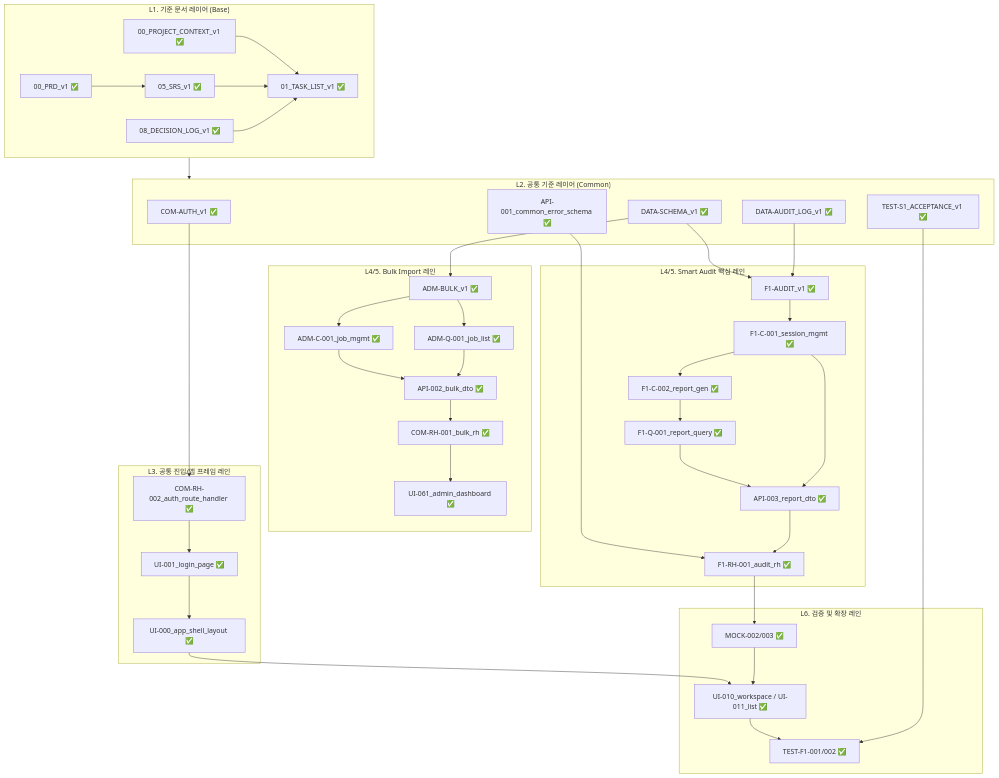
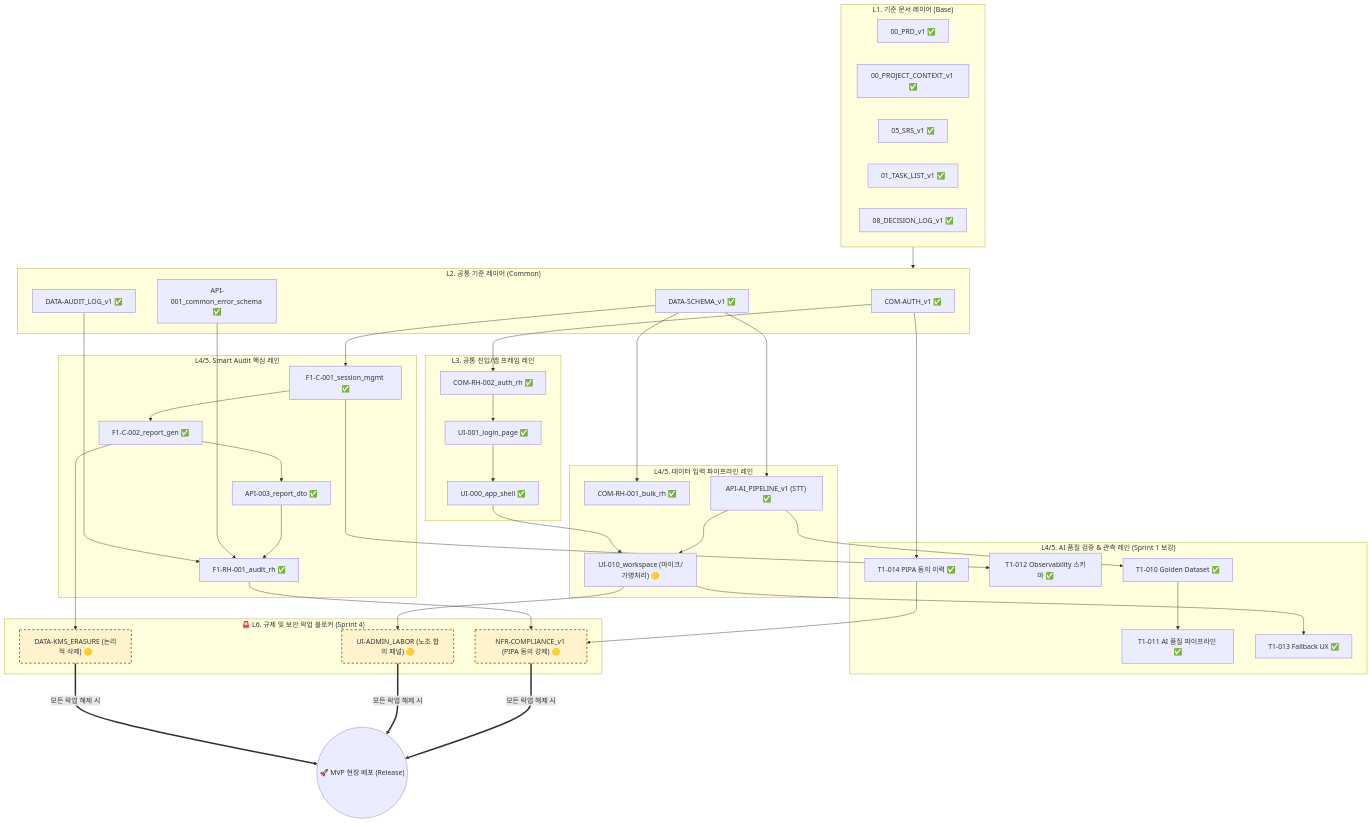
The first of 2 diagrams in TASKS/06_TASK_DEPENDENCY_DIAGRAM_v2.md (proilisys-byte/0000_SRS-from-PRD-productioninfo), drawn with Mermaid before and after one commit. The commit also changed other lines of this file and 22 other files, not shown here.

````diff
--- a/TASKS/06_TASK_DEPENDENCY_DIAGRAM_v2.md
+++ b/TASKS/06_TASK_DEPENDENCY_DIAGRAM_v2.md
@@ -115,10 +118,6 @@
         SRS["05_SRS_v1 ✅"]
         TL["01_TASK_LIST_v1 ✅"]
         DL["08_DECISION_LOG_v1 ✅"]
-        PRD --> SRS
-        CTX --> TL
-        SRS --> TL
-        DL --> TL
     end
 
     %% Common Core
@@ -127,65 +126,67 @@
         ERR["API-001_common_error_schema ✅"]
         DS["DATA-SCHEMA_v1 ✅"]
         DA["DATA-AUDIT_LOG_v1 ✅"]
-        ACC["TEST-S1_ACCEPTANCE_v1 ✅"]
     end
     Base --> Common
 
     %% App Shell & Login
     subgraph AppEntry ["L3. 공통 진입/앱 프레임 레인"]
-        ARH["COM-RH-002_auth_route_handler ✅"]
+        ARH["COM-RH-002_auth_rh ✅"]
         LUI["UI-001_login_page ✅"]
-        SHL["UI-000_app_shell_layout ✅"]
+        SHL["UI-000_app_shell ✅"]
     end
-    AUTH --> ARH
-    ARH --> LUI
-    LUI --> SHL
+    AUTH --> ARH --> LUI --> SHL
 
-    %% Bulk Import
-    subgraph Bulk ["L4/5. Bulk Import 레인"]
-        B_SPEC["ADM-BULK_v1 ✅"]
-        B_CMD["ADM-C-001_job_mgmt ✅"]
-        B_QRY["ADM-Q-001_job_list ✅"]
-        B_DTO["API-002_bulk_dto ✅"]
+    %% Bulk Import & Zero-UI (STT)
+    subgraph InputPipelines ["L4/5. 데이터 입력 파이프라인 레인"]
         B_RH["COM-RH-001_bulk_rh ✅"]
-        B_UI["UI-061_admin_dashboard ✅"]
+        Z_API["API-AI_PIPELINE_v1 (STT) ✅"]
+        Z_UI["UI-010_workspace (마이크/가명처리) 🟡"]
     end
-    DS --> B_SPEC
-    B_SPEC --> B_CMD
-    B_SPEC --> B_QRY
-    B_CMD --> B_DTO
-    B_QRY --> B_DTO
-    B_DTO --> B_RH
-    B_RH --> B_UI
+    DS --> B_RH
+    DS --> Z_API --> Z_UI
+    SHL --> Z_UI
 
     %% Smart Audit Core
     subgraph Audit ["L4/5. Smart Audit 핵심 레인"]
-        A_SPEC["F1-AUDIT_v1 ✅"]
         A_SESS["F1-C-001_session_mgmt ✅"]
         A_REP["F1-C-002_report_gen ✅"]
-        A_QRY["F1-Q-001_report_query ✅"]
         A_DTO["API-003_report_dto ✅"]
         A_RH["F1-RH-001_audit_rh ✅"]
     end
-    DS --> A_SPEC
-    DA --> A_SPEC
-    A_SPEC --> A_SESS
-    A_SESS --> A_REP
-    A_REP --> A_QRY
-    A_QRY --> A_DTO
-    A_SESS --> A_DTO
+    DS --> A_SESS --> A_REP --> A_DTO --> A_RH
     ERR --> A_RH
-    A_DTO --> A_RH
+    DA --> A_RH
 
-    %% Smart Audit UI & Test
-    subgraph AuditTest ["L6. 검증 및 확장 레인"]
-        A_MOCK["MOCK-002/003 ✅"]
-        A_UI["UI-010_workspace / UI-011_list ✅"]
-        A_TST["TEST-F1-001/002 ✅"]
+    %% AI 품질 & 관측성 레인 (T1-010~T1-014 신규 반영)
+    subgraph AIQuality ["L4/5. AI 품질 검증 & 관측 레인 (Sprint 1 보강)"]
+        GD["T1-010 Golden Dataset ✅"]
+        AQP["T1-011 AI 품질 파이프라인 ✅"]
+        OBS["T1-012 Observability 스키마 ✅"]
+        FBK["T1-013 Fallback UX ✅"]
+        PIPA_LOG["T1-014 PIPA 동의 이력 ✅"]
     end
-    SHL --> A_UI
-    A_RH --> A_MOCK
-    A_MOCK --> A_UI
-    A_UI --> A_TST
-    ACC --> A_TST
+    Z_API --> GD --> AQP
+    A_SESS --> OBS
+    Z_UI --> FBK
+    AUTH --> PIPA_LOG
+
+    %% Lock-up & Release Gate
+    subgraph ComplianceGate ["🚨 L6. 규제 및 보안 락업 블로커 (Sprint 4)"]
+        SEC_PIPA["NFR-COMPLIANCE_v1 (PIPA 동의 강제) 🟡"]
+        SEC_LABOR["UI-ADMIN_LABOR (노조 합의 패널) 🟡"]
+        SEC_KMS["DATA-KMS_ERASURE (논리적 삭제) 🟡"]
+    end
+    
+    PIPA_LOG --> SEC_PIPA
+    A_RH --> SEC_PIPA
+    Z_UI --> SEC_LABOR
+    A_REP --> SEC_KMS
+
+    %% Final Release
+    RELEASE(("🚀 MVP 현장 배포 (Release)"))
+    SEC_PIPA & SEC_LABOR & SEC_KMS ===>|모든 락업 해제 시| RELEASE
+    
+    classDef blocker fill:#fff3cd,stroke:#856404,stroke-width:2px,stroke-dasharray: 5 5;
+    class SEC_PIPA,SEC_LABOR,SEC_KMS blocker;
 ```
````
